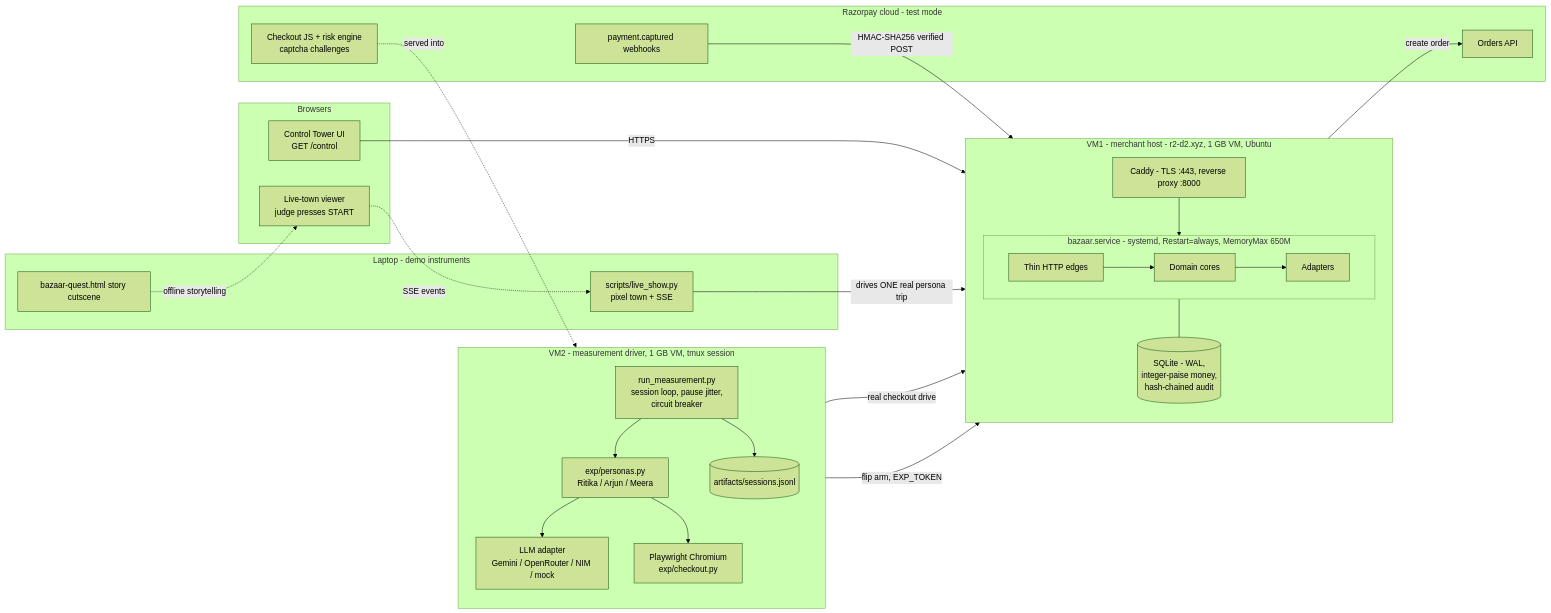
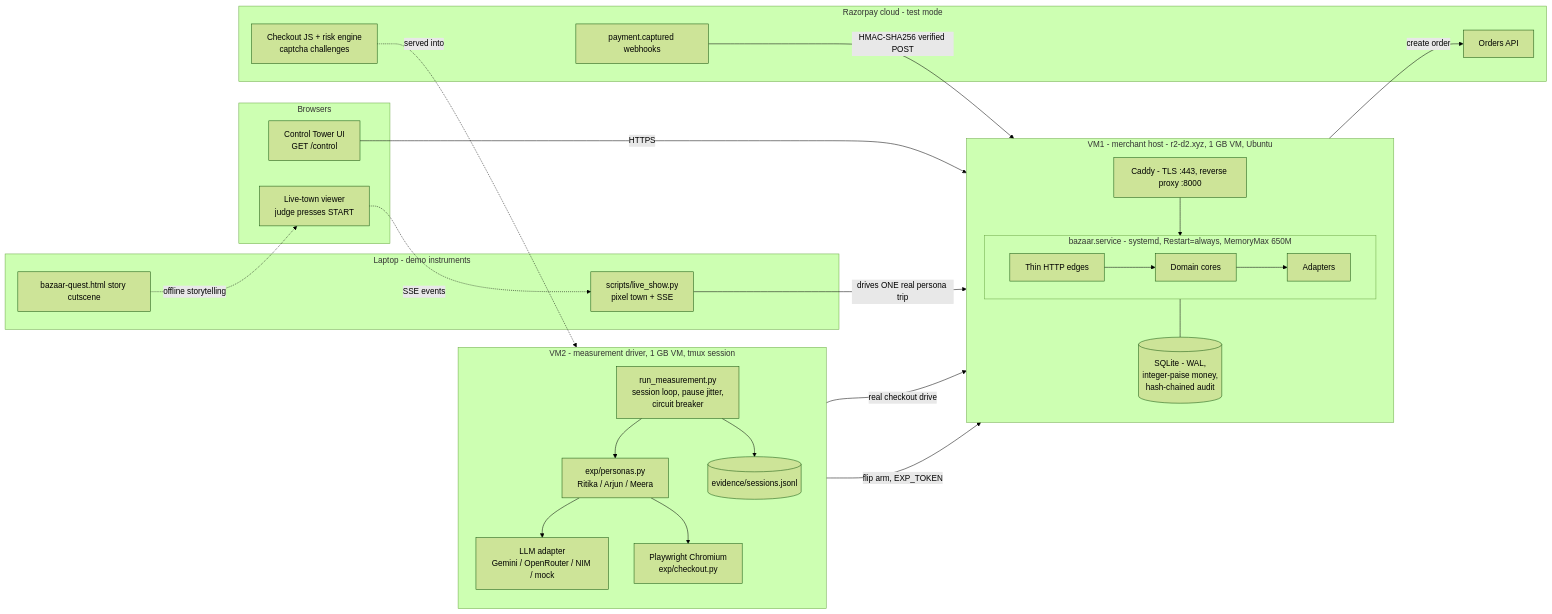
Before and after one commit to Krishna-10-7/buildathon: the first of 5 diagrams in ARCHITECTURE.md, drawn with Mermaid (forest theme). The commit also changed other lines of this file and 231 other files, not shown here.

First line of the commit message:
Harden the merchant: CI, evidence out of the tree, Ed25519 mandates, correlation IDs

````diff
--- a/ARCHITECTURE.md
+++ b/ARCHITECTURE.md
@@ -15,56 +15,56 @@
 ```mermaid
 flowchart LR
     subgraph world["Browsers"]
         B["Control Tower UI<br/>GET /control"]
         J["Live-town viewer<br/>judge presses START"]
     end
 
     subgraph vm1["VM1 - merchant host - r2-d2.xyz, 1 GB VM, Ubuntu"]
         direction TB
         CAD["Caddy - TLS :443, reverse proxy :8000"]
         subgraph svc["bazaar.service - systemd, Restart=always, MemoryMax 650M"]
             direction LR
             EDGES["Thin HTTP edges"]
             CORE["Domain cores"]
             ADPT["Adapters"]
             EDGES --> CORE --> ADPT
         end
         DB[("SQLite - WAL,<br/>integer-paise money,<br/>hash-chained audit")]
         ADPT --- DB
     end
 
     subgraph rzp["Razorpay cloud - test mode"]
         RAPI["Orders API"]
         RISK["Checkout JS + risk engine<br/>captcha challenges"]
         WH["payment.captured webhooks"]
     end
 
     subgraph vm2["VM2 - measurement driver, 1 GB VM, tmux session"]
         direction TB
         RUN["run_measurement.py<br/>session loop, pause jitter,<br/>circuit breaker"]
         PER["exp/personas.py<br/>Ritika / Arjun / Meera"]
         BRAIN["LLM adapter<br/>Gemini / OpenRouter / NIM / mock"]
         PW["Playwright Chromium<br/>exp/checkout.py"]
-        OUT[("artifacts/sessions.jsonl")]
+        OUT[("evidence/sessions.jsonl")]
     end
 
     subgraph local["Laptop - demo instruments"]
         SHOW["scripts/live_show.py<br/>pixel town + SSE"]
         QUEST["bazaar-quest.html story cutscene"]
     end
 
     B -->|"HTTPS"| CAD
     CAD --> EDGES
     RUN --> PER
     PER --> BRAIN
     PER --> PW
     PW -->|"real checkout drive"| CAD
     RUN -->|"flip arm, EXP_TOKEN"| EDGES
     RUN --> OUT
     ADPT -->|"create order"| RAPI
     RISK -.->|"served into"| PW
     WH -->|"HMAC-SHA256 verified POST"| CAD
     SHOW -->|"drives ONE real persona trip"| CAD
     J -.->|"SSE events"| SHOW
     QUEST -.->|"offline storytelling"| J
 ```
````
